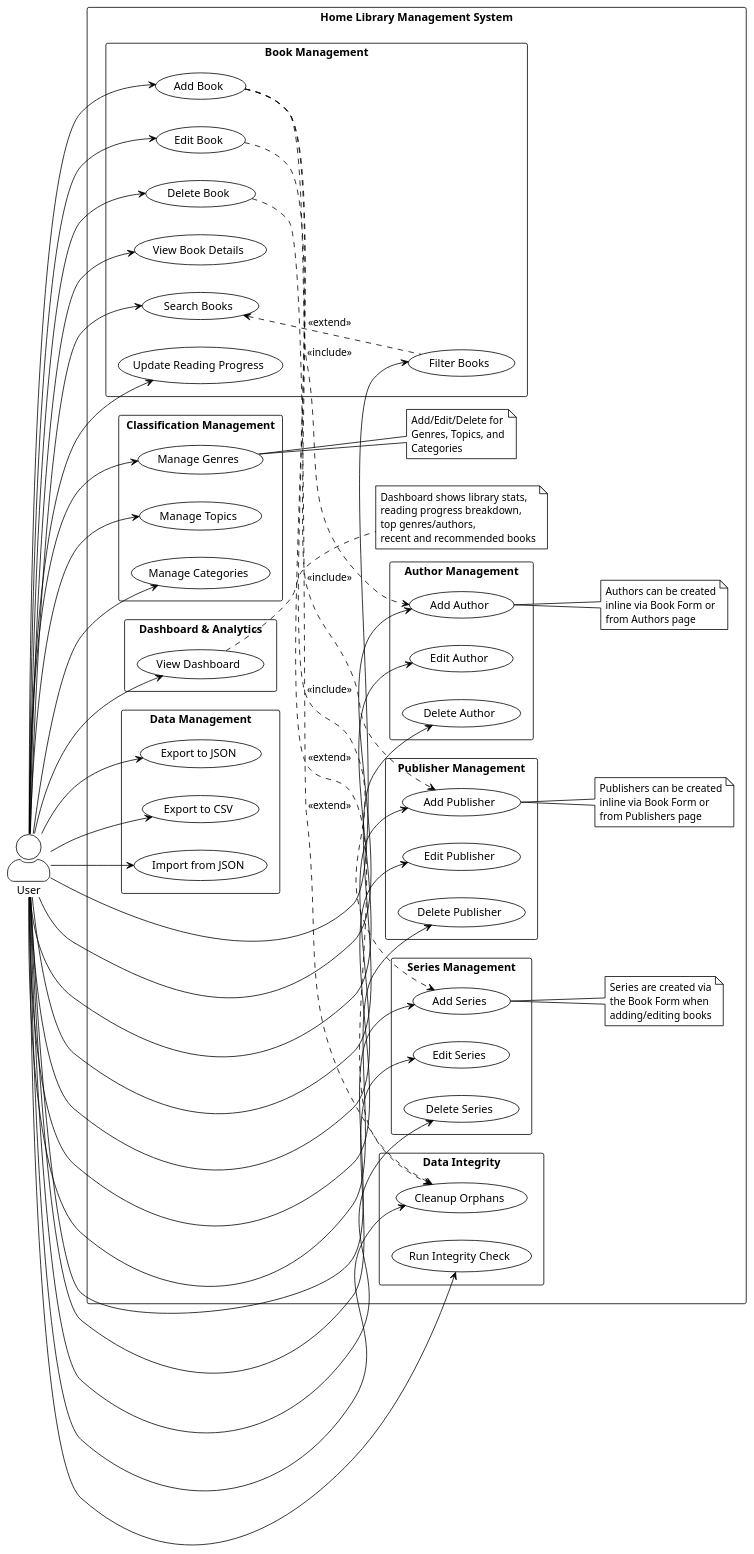
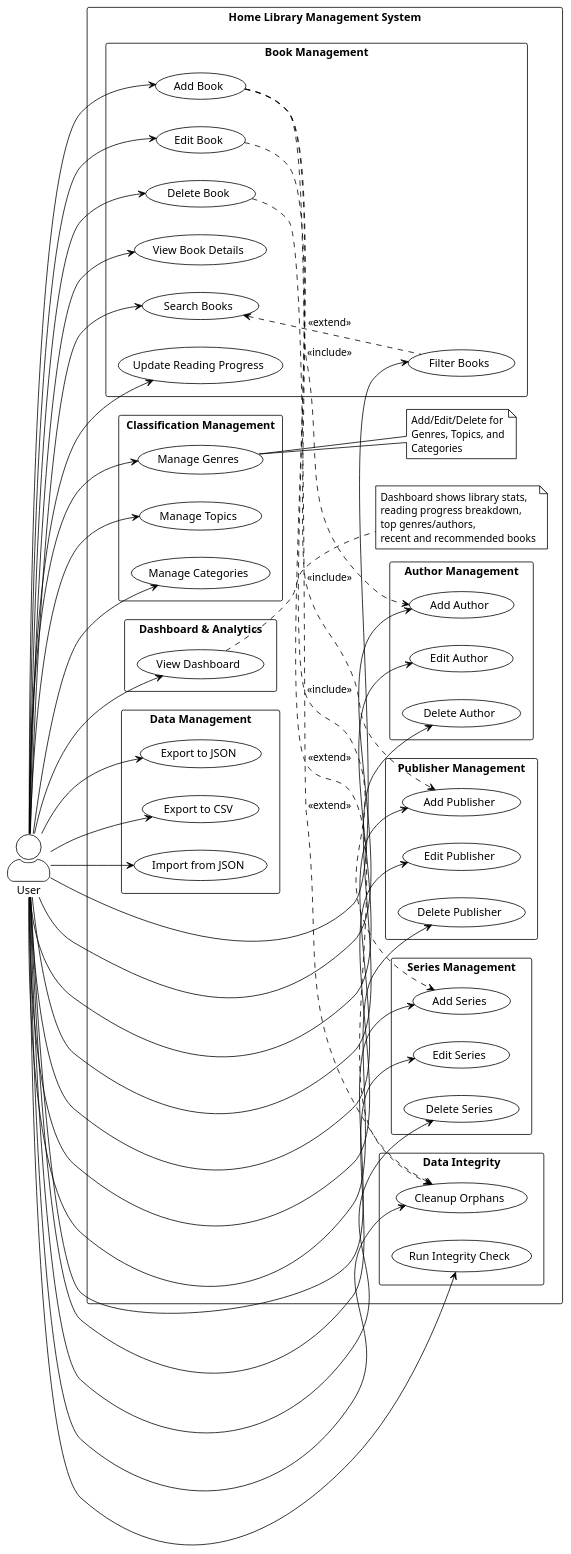
Before and after one commit to KostiaUek/ooad-final-project: the diagram in docs/uml/use-case-diagram.puml, drawn with PlantUML. The commit also changed 8 other files, not shown here.

Commit message:
chore(app): comprehensive docs and uml diagrams

```diff
--- a/docs/uml/use-case-diagram.puml
+++ b/docs/uml/use-case-diagram.puml
@@ -1,129 +1,114 @@
 @startuml Use Case Diagram
 !theme plain
 left to right direction
 skinparam packageStyle rectangle
 skinparam actorStyle awesome
 
 actor "User" as user
 
 rectangle "Home Library Management System" {
   ' Book Management
   package "Book Management" {
     usecase "Add Book" as UC1
     usecase "Edit Book" as UC2
     usecase "Delete Book" as UC3
     usecase "View Book Details" as UC4
     usecase "Search Books" as UC5
     usecase "Filter Books" as UC6
     usecase "Update Reading Progress" as UC7
   }
 
   ' Author Management
   package "Author Management" {
     usecase "Add Author" as UC8
     usecase "Edit Author" as UC9
     usecase "Delete Author" as UC10
   }
-  note right of UC8
-    Authors can be created
-    inline via Book Form or
-    from Authors page
-  end note
 
   ' Publisher Management
   package "Publisher Management" {
     usecase "Add Publisher" as UC12
     usecase "Edit Publisher" as UC13
     usecase "Delete Publisher" as UC14
   }
-  note right of UC12
-    Publishers can be created
-    inline via Book Form or
-    from Publishers page
-  end note
 
   ' Series Management
   package "Series Management" {
     usecase "Add Series" as UC15
     usecase "Edit Series" as UC16
     usecase "Delete Series" as UC17
   }
-  note right of UC15
-    Series are created via
-    the Book Form when
-    adding/editing books
-  end note
 
   ' Genre/Topic/Category Management
   package "Classification Management" {
     usecase "Manage Genres" as UC19
     usecase "Manage Topics" as UC20
     usecase "Manage Categories" as UC21
   }
   note right of UC19
     Add/Edit/Delete for
     Genres, Topics, and
     Categories
   end note
 
   ' Dashboard & Statistics
   package "Dashboard & Analytics" {
     usecase "View Dashboard" as UC22
   }
   note right of UC22
     Dashboard shows library stats,
     reading progress breakdown,
     top genres/authors,
     recent and recommended books
   end note
 
   ' Data Integrity
   package "Data Integrity" {
     usecase "Run Integrity Check" as UC24
     usecase "Cleanup Orphans" as UC25
   }
 
   ' Import/Export
   package "Data Management" {
     usecase "Export to JSON" as UC26
     usecase "Export to CSV" as UC27
     usecase "Import from JSON" as UC28
   }
 }
 
 ' User connections
 user --> UC1
 user --> UC2
 user --> UC3
 user --> UC4
 user --> UC5
 user --> UC6
 user --> UC7
 user --> UC8
 user --> UC9
 user --> UC10
 user --> UC12
 user --> UC13
 user --> UC14
 user --> UC15
 user --> UC16
 user --> UC17
 user --> UC19
 user --> UC20
 user --> UC21
 user --> UC22
 user --> UC24
 user --> UC25
 user --> UC26
 user --> UC27
 user --> UC28
 
 ' Include/Extend relationships
 UC1 ..> UC8 : <<include>>
 UC1 ..> UC12 : <<include>>
 UC1 ..> UC15 : <<include>>
 UC5 <.. UC6 : <<extend>>
 UC3 ..> UC25 : <<extend>>
 UC2 ..> UC25 : <<extend>>
 
 @enduml
```
